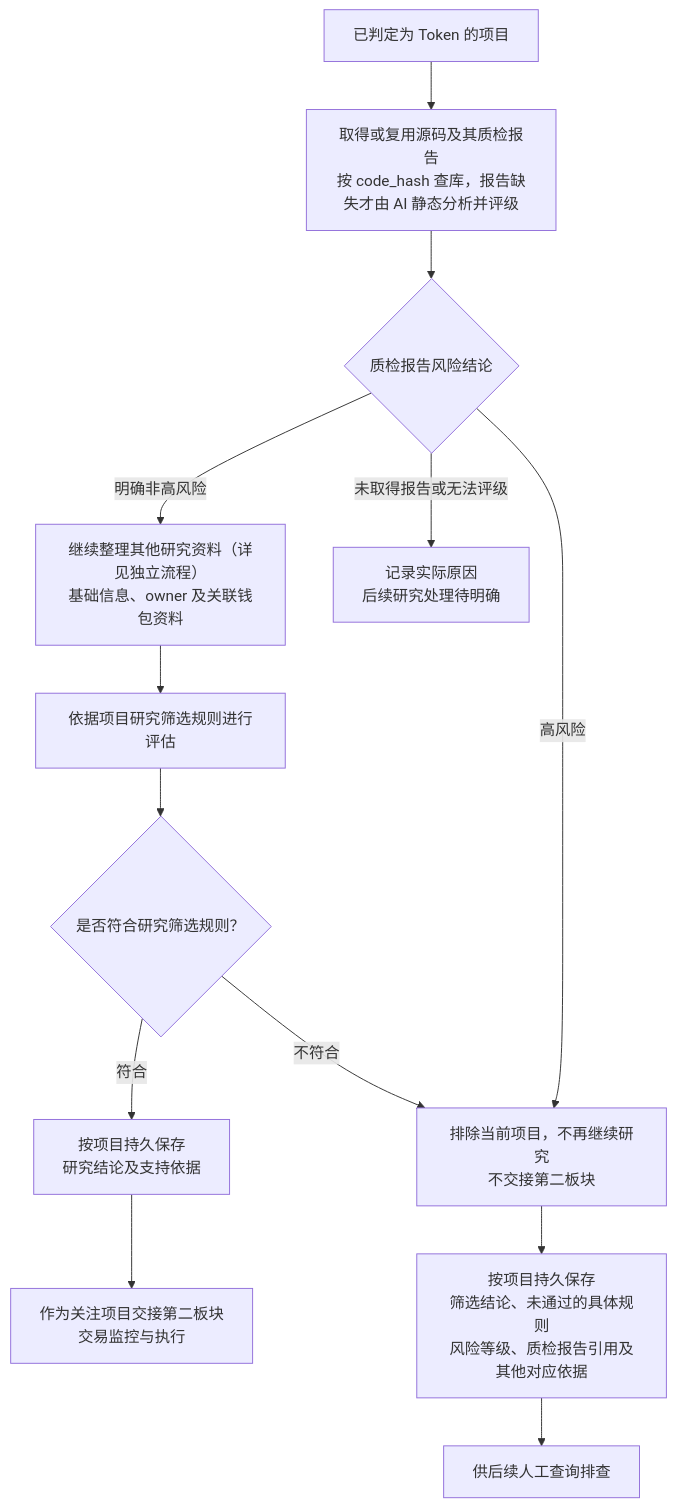
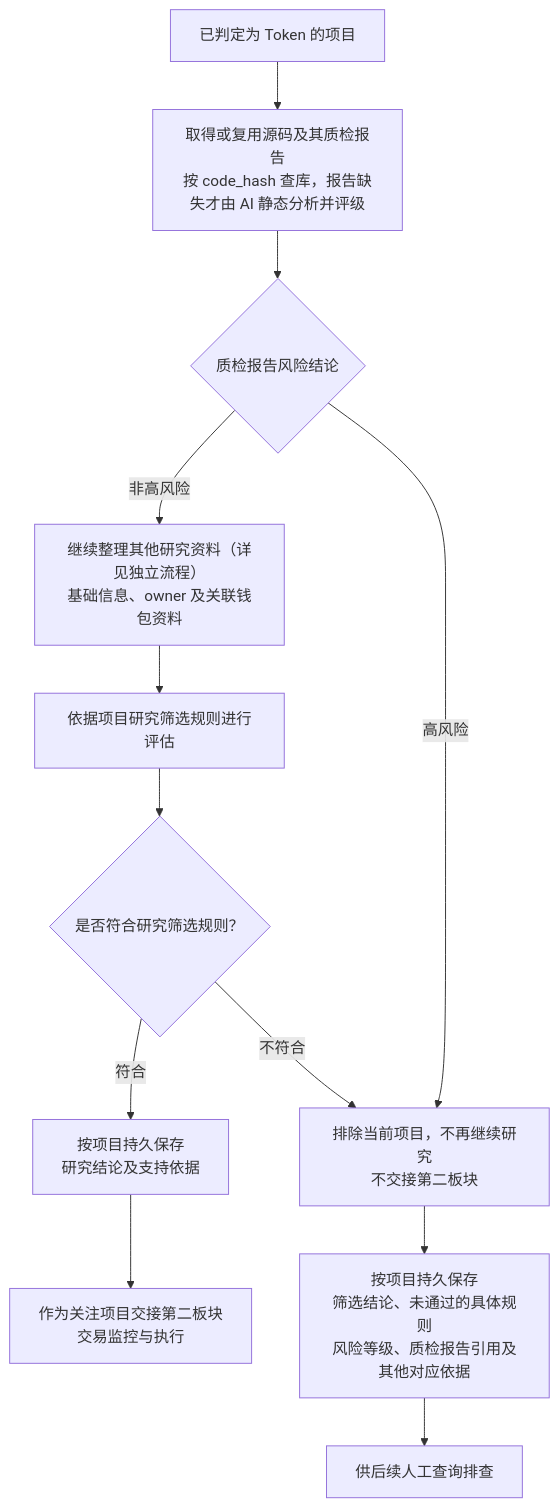
The diagram in docs/project/token-research-flow.md (useryege/athena-o), drawn with Mermaid before and after one commit. The commit also changed other lines of this file and 5 other files, not shown here.

````diff
--- a/docs/project/token-research-flow.md
+++ b/docs/project/token-research-flow.md
@@ -11,15 +11,14 @@
 ```mermaid
 flowchart TD
     token["已判定为 Token 的项目"] --> review["取得或复用源码及其质检报告<br/>按 code_hash 查库，报告缺失才由 AI 静态分析并评级"]
     review --> risk{"质检报告风险结论"}
     risk -->|高风险| excluded["排除当前项目，不再继续研究<br/>不交接第二板块"]
-    risk -->|明确非高风险| materials["继续整理其他研究资料（详见独立流程）<br/>基础信息、owner 及关联钱包资料"]
-    risk -->|未取得报告或无法评级| unresolved["记录实际原因<br/>后续研究处理待明确"]
+    risk -->|非高风险| materials["继续整理其他研究资料（详见独立流程）<br/>基础信息、owner 及关联钱包资料"]
     materials --> research["依据项目研究筛选规则进行评估"]
     research --> decision{"是否符合研究筛选规则？"}
     decision -->|"符合"| accepted["按项目持久保存<br/>研究结论及支持依据"]
     accepted --> handoff["作为关注项目交接第二板块<br/>交易监控与执行"]
     decision -->|"不符合"| excluded
     excluded --> reasons["按项目持久保存<br/>筛选结论、未通过的具体规则<br/>风险等级、质检报告引用及其他对应依据"]
     reasons --> inspect["供后续人工查询排查"]
 ```
````
